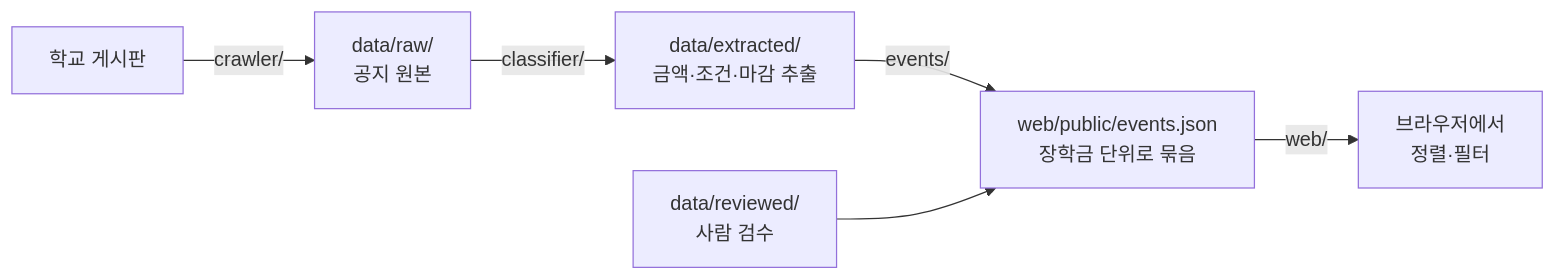
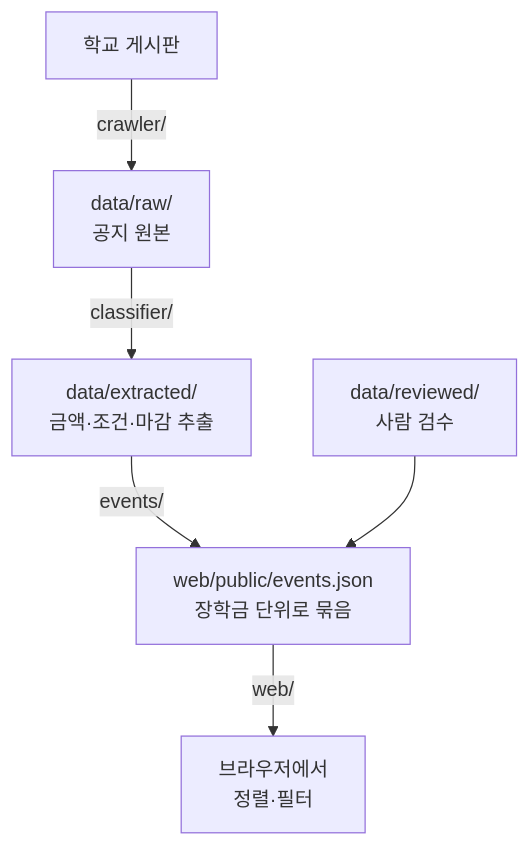
The diagram in README.md (2026ENDPoinT/team17), drawn with Mermaid before and after one commit.

Commit message:
docs(README.md): 흐름 그림을 세로 방향으로 바꿈

````diff
--- a/README.md
+++ b/README.md
@@ -69,8 +69,8 @@
 ```mermaid
-flowchart LR
+flowchart TD
     A[학교 게시판] -->|crawler/| B[data/raw/<br>공지 원본]
     B -->|classifier/| C[data/extracted/<br>금액·조건·마감 추출]
     C -->|events/| E[web/public/events.json<br>장학금 단위로 묶음]
     D[data/reviewed/<br>사람 검수] --> E
     E -->|web/| F[브라우저에서<br>정렬·필터]
 ```
````
